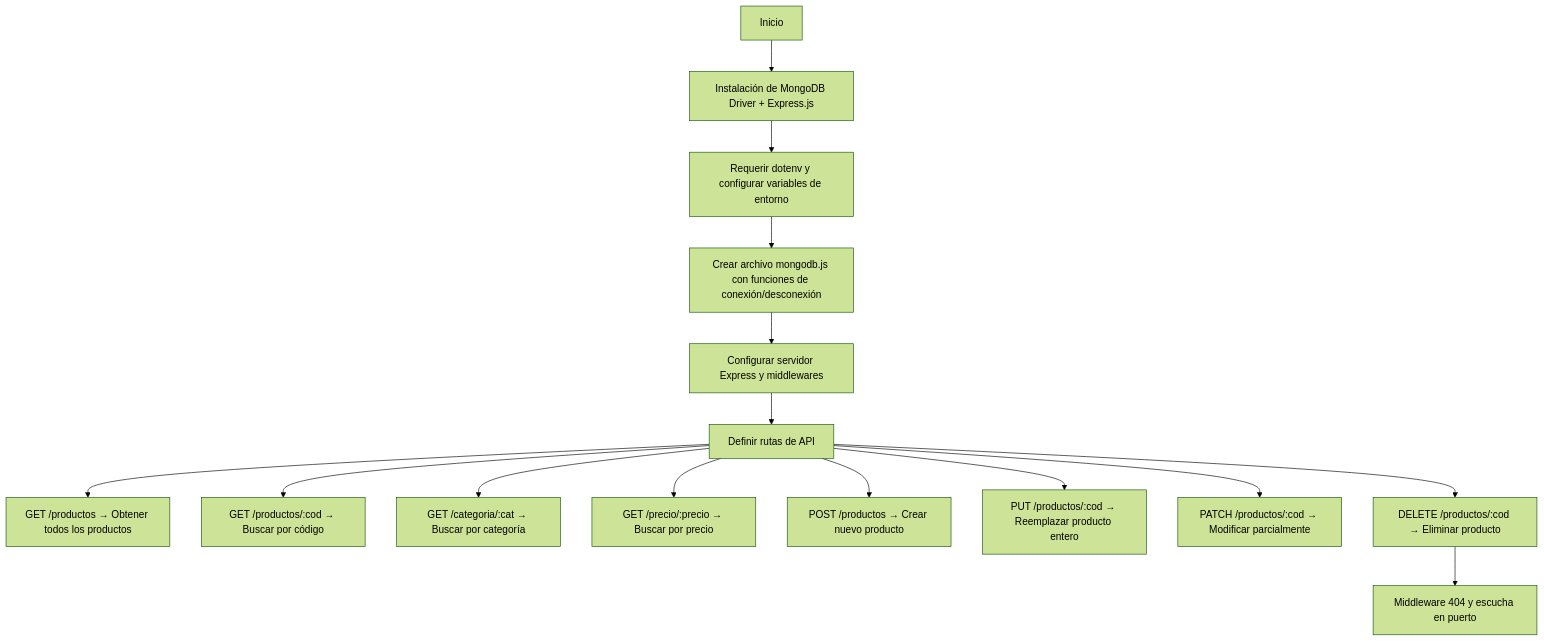
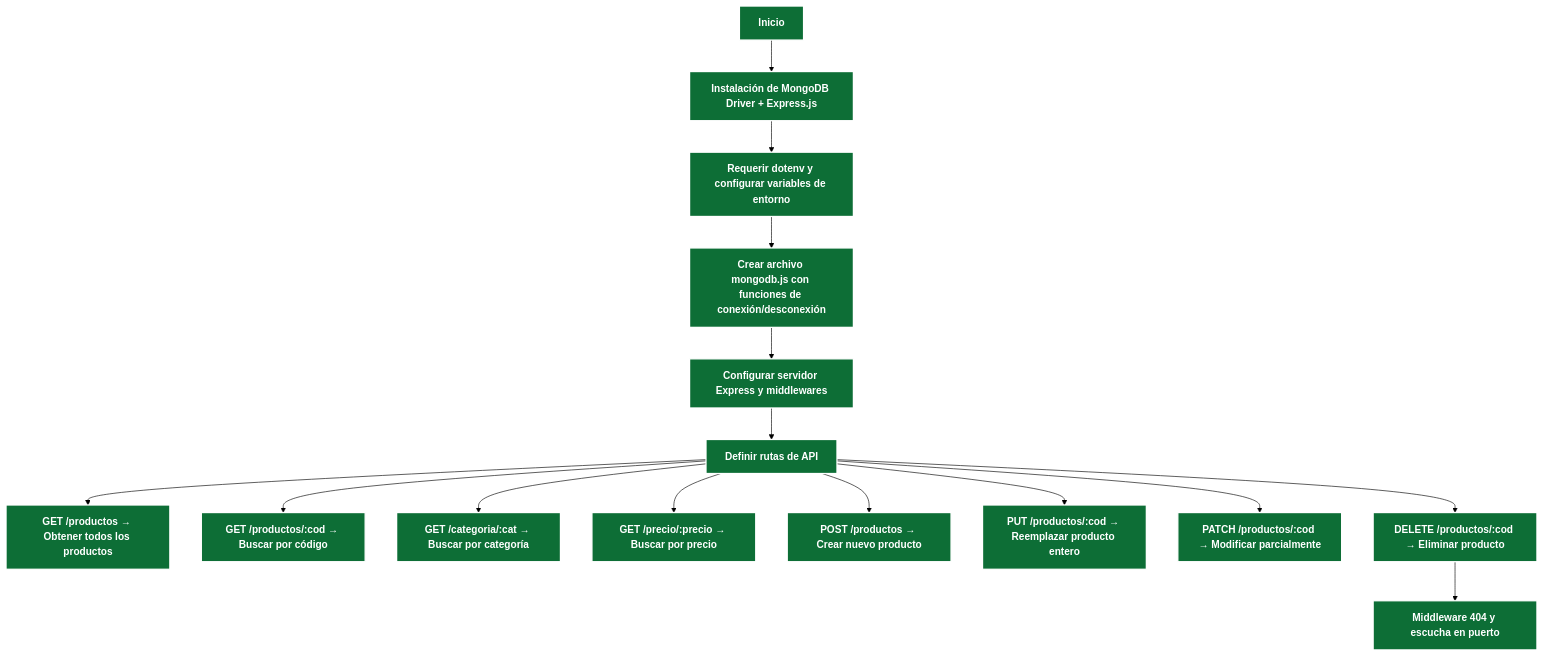
The first of 2 diagrams in README.md (licette32/supermarket-api), drawn with Mermaid (forest theme) before and after one commit. The commit also changed other lines of this file, not shown here.

````diff
--- a/README.md
+++ b/README.md
@@ -143,19 +153,36 @@
 ```mermaid
+%% Diagrama de flujo 
 graph TD
+  style A fill:#0d6e36,stroke:#fff,stroke-width:2px,color:#ffffff,font-weight:bold
+  style B fill:#0d6e36,stroke:#fff,stroke-width:2px,color:#ffffff,font-weight:bold
+  style C fill:#0d6e36,stroke:#fff,stroke-width:2px,color:#ffffff,font-weight:bold
+  style D fill:#0d6e36,stroke:#fff,stroke-width:2px,color:#ffffff,font-weight:bold
+  style E fill:#0d6e36,stroke:#fff,stroke-width:2px,color:#ffffff,font-weight:bold
+  style F fill:#0d6e36,stroke:#fff,stroke-width:2px,color:#ffffff,font-weight:bold
+  style G fill:#0d6e36,stroke:#fff,stroke-width:2px,color:#ffffff,font-weight:bold
+  style H fill:#0d6e36,stroke:#fff,stroke-width:2px,color:#ffffff,font-weight:bold
+  style I fill:#0d6e36,stroke:#fff,stroke-width:2px,color:#ffffff,font-weight:bold
+  style J fill:#0d6e36,stroke:#fff,stroke-width:2px,color:#ffffff,font-weight:bold
+  style K fill:#0d6e36,stroke:#fff,stroke-width:2px,color:#ffffff,font-weight:bold
+  style L fill:#0d6e36,stroke:#fff,stroke-width:2px,color:#ffffff,font-weight:bold
+  style M fill:#0d6e36,stroke:#fff,stroke-width:2px,color:#ffffff,font-weight:bold
+  style N fill:#0d6e36,stroke:#fff,stroke-width:2px,color:#ffffff,font-weight:bold
+  style O fill:#0d6e36,stroke:#fff,stroke-width:2px,color:#ffffff,font-weight:bold
+
   A[Inicio] --> B[Instalación de MongoDB Driver + Express.js]
   B --> C[Requerir dotenv y configurar variables de entorno]
   C --> D[Crear archivo mongodb.js con funciones de conexión/desconexión]
   D --> E[Configurar servidor Express y middlewares]
   E --> F[Definir rutas de API]
 
   F --> G[GET /productos → Obtener todos los productos]
   F --> H[GET /productos/:cod → Buscar por código]
   F --> I[GET /categoria/:cat → Buscar por categoría]
   F --> J[GET /precio/:precio → Buscar por precio]
   F --> K[POST /productos → Crear nuevo producto]
   F --> L[PUT /productos/:cod → Reemplazar producto entero]
   F --> M[PATCH /productos/:cod → Modificar parcialmente]
   F --> N[DELETE /productos/:cod → Eliminar producto]
 
   N --> O[Middleware 404 y escucha en puerto]
 ```
````
